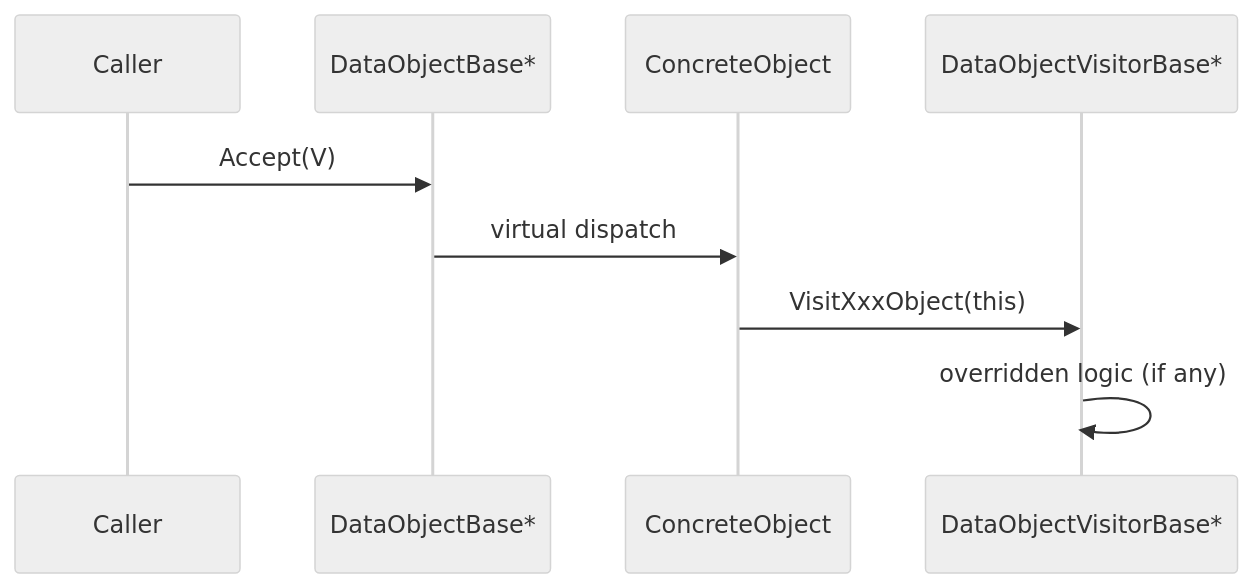
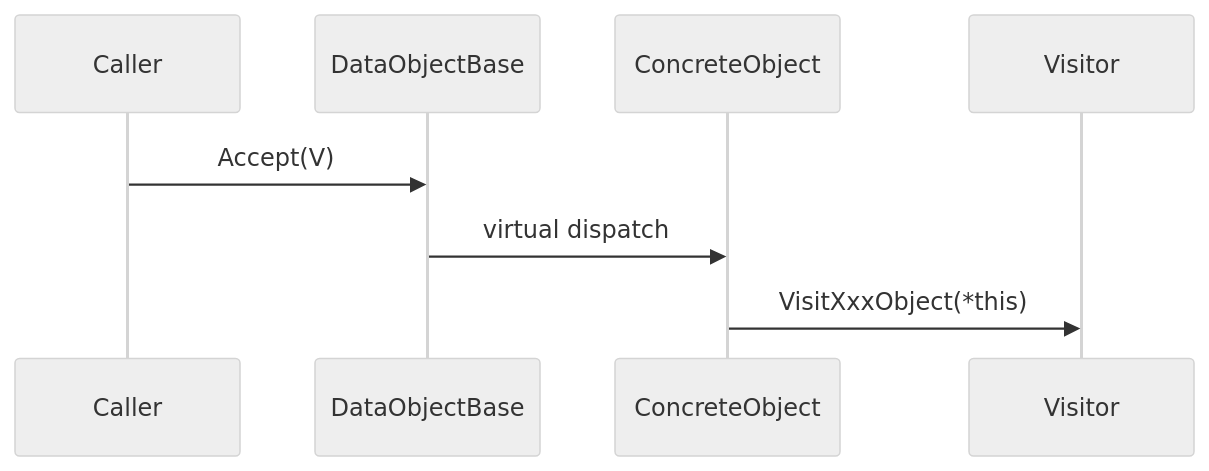
The diagram in docs/developer/architecture/dataobject-visitor-architecture.md (yslianTim/rhbm_gem), drawn with Mermaid (neutral theme) before and after one commit. The commit also changed other lines of this file and 21 other files, not shown here.

````diff
--- a/docs/developer/architecture/dataobject-visitor-architecture.md
+++ b/docs/developer/architecture/dataobject-visitor-architecture.md
@@ -83,12 +72,11 @@
 ```mermaid
 sequenceDiagram
     participant Caller
-    participant Base as DataObjectBase*
+    participant Base as DataObjectBase
     participant Obj as ConcreteObject
-    participant V as DataObjectVisitorBase*
+    participant V as Visitor
 
     Caller->>Base: Accept(V)
     Base->>Obj: virtual dispatch
-    Obj->>V: VisitXxxObject(this)
-    V->>V: overridden logic (if any)
+    Obj->>V: VisitXxxObject(*this)
 ```
````
